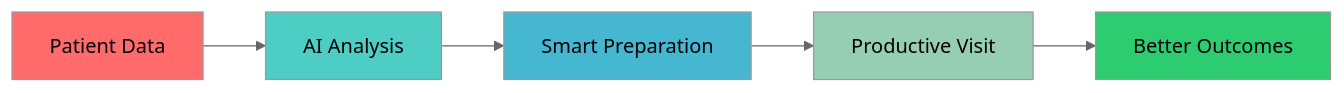
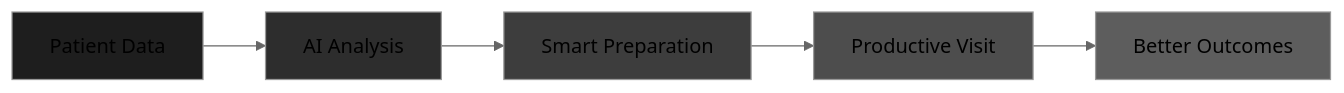
One commit to Iceman-Dann/Medly changed the second of 13 diagrams in README.md. Above: the diagram before and after it, drawn with Mermaid (neutral theme). The commit also changed other lines of this file, not shown here.

Commit message:
Create high-quality charts with darker colors and judge-focused explanations

````diff
--- a/README.md
+++ b/README.md
@@ -33,13 +33,13 @@
 ```mermaid
 graph LR
     A[Patient Data] --> B[AI Analysis]
     B --> C[Smart Preparation]
     C --> D[Productive Visit]
     D --> E[Better Outcomes]
     
-    style A fill:#ff6b6b
-    style B fill:#4ecdc4
-    style C fill:#45b7d1
-    style D fill:#96ceb4
-    style E fill:#2ecc71
+    style A fill:#1e1e1e
+    style B fill:#2d2d2d
+    style C fill:#3d3d3d
+    style D fill:#4d4d4d
+    style E fill:#5d5d5d
 ```
````
